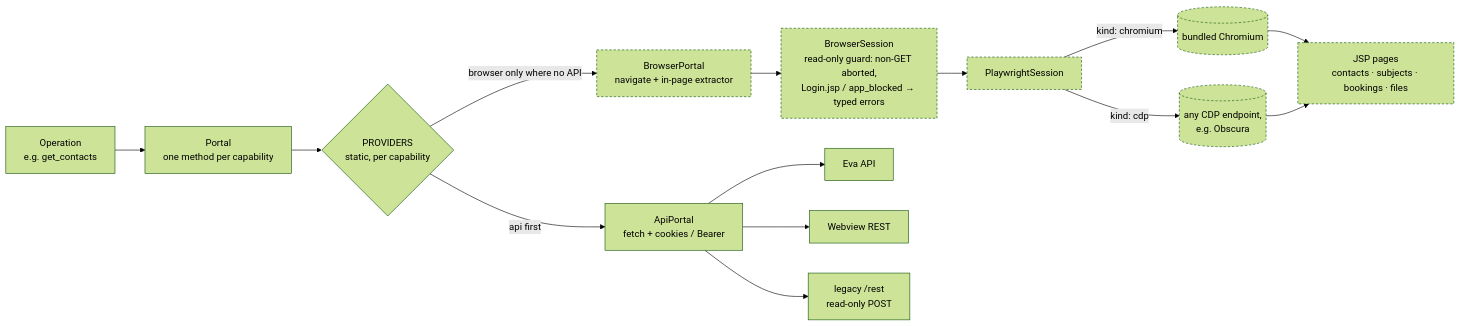
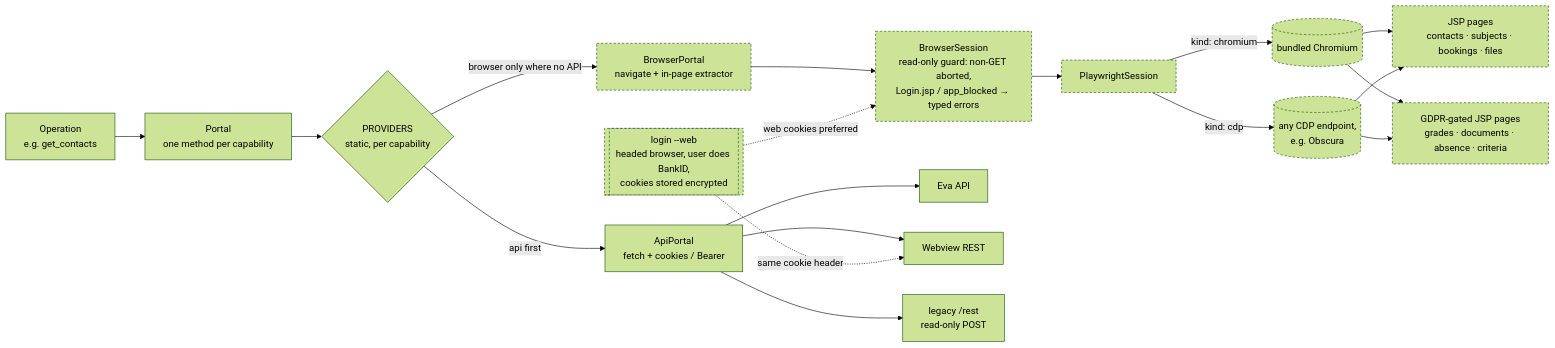
Before and after one commit to grimen/schoolsoft-agent: the diagram in docs/diagrams/src/portal-adapter.mmd, drawn with Mermaid (forest theme). The commit also changed 12 other files, not shown here.

First line of the commit message:
docs: web-login session, gated pages and the web child in focus

```diff
--- a/docs/diagrams/src/portal-adapter.mmd
+++ b/docs/diagrams/src/portal-adapter.mmd
@@ -1,15 +1,18 @@
 flowchart LR
   OP[Operation<br/>e.g. get_contacts] --> PORTAL[Portal<br/>one method per capability]
   PORTAL --> PROV{PROVIDERS<br/>static, per capability}
   PROV -->|api first| API[ApiPortal<br/>fetch + cookies / Bearer]
   PROV -->|browser only where no API| BP[BrowserPortal<br/>navigate + in-page extractor]
   BP --> SESS[BrowserSession<br/>read-only guard: non-GET aborted,<br/>Login.jsp / app_blocked → typed errors]
   SESS --> PW[PlaywrightSession]
   PW -->|kind: chromium| CH[(bundled Chromium)]
   PW -->|kind: cdp| CDP[(any CDP endpoint,<br/>e.g. Obscura)]
   API --> EVA[Eva API]
   API --> REST[Webview REST]
   API --> LEG[legacy /rest<br/>read-only POST]
   CH & CDP --> JSP[JSP pages<br/>contacts · subjects · bookings · files]
+  CH & CDP --> GATED[GDPR-gated JSP pages<br/>grades · documents · absence · criteria]
+  WEB[[login --web<br/>headed browser, user does BankID,<br/>cookies stored encrypted]] -.->|web cookies preferred| SESS
+  WEB -.->|same cookie header| REST
   classDef opt stroke-dasharray: 4 3
-  class PW,CH,CDP,JSP,BP,SESS opt
+  class PW,CH,CDP,JSP,GATED,BP,SESS,WEB opt
```
